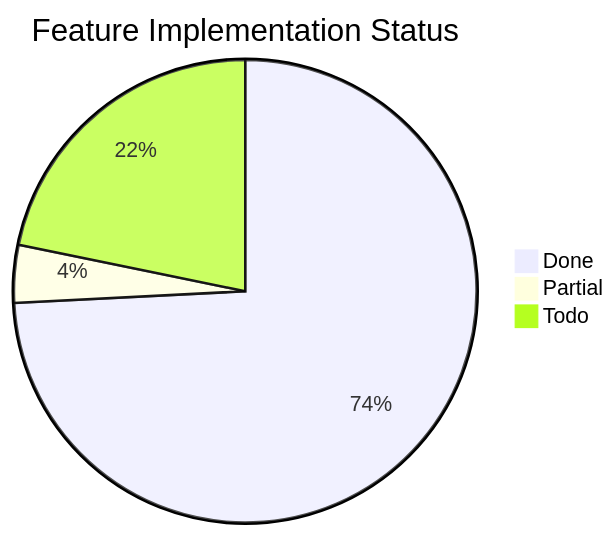
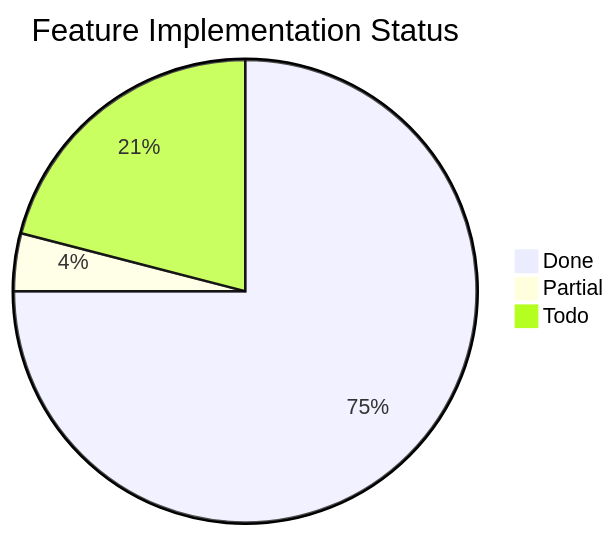
Before and after one commit to Papyrine/Morph: the third of 3 diagrams in docs/word-features.md, drawn with Mermaid. The commit also changed other lines of this file and 36 other files, not shown here.

````diff
--- a/docs/word-features.md
+++ b/docs/word-features.md
@@ -1860,6 +1864,6 @@
 ```mermaid
 pie title Feature Implementation Status
-    "Done" : 92
+    "Done" : 93
     "Partial" : 5
-    "Todo" : 27
+    "Todo" : 26
 ```
````
